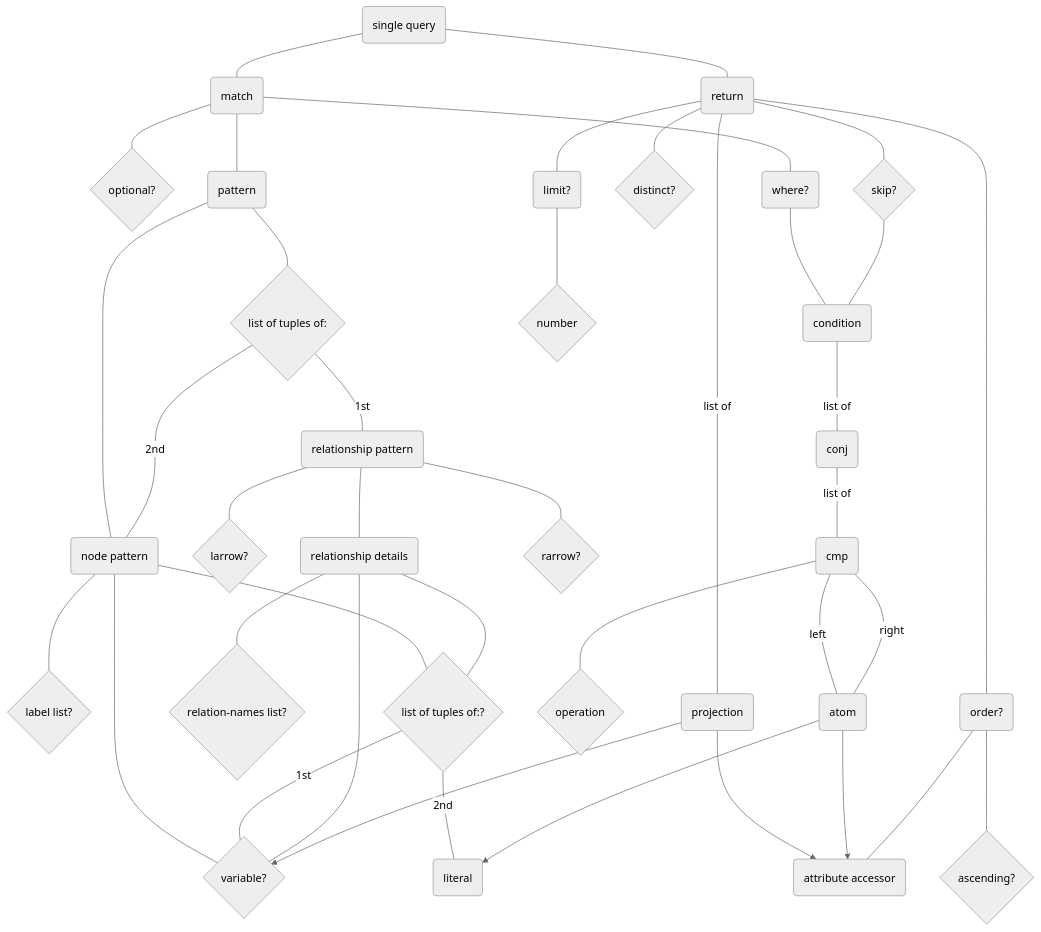
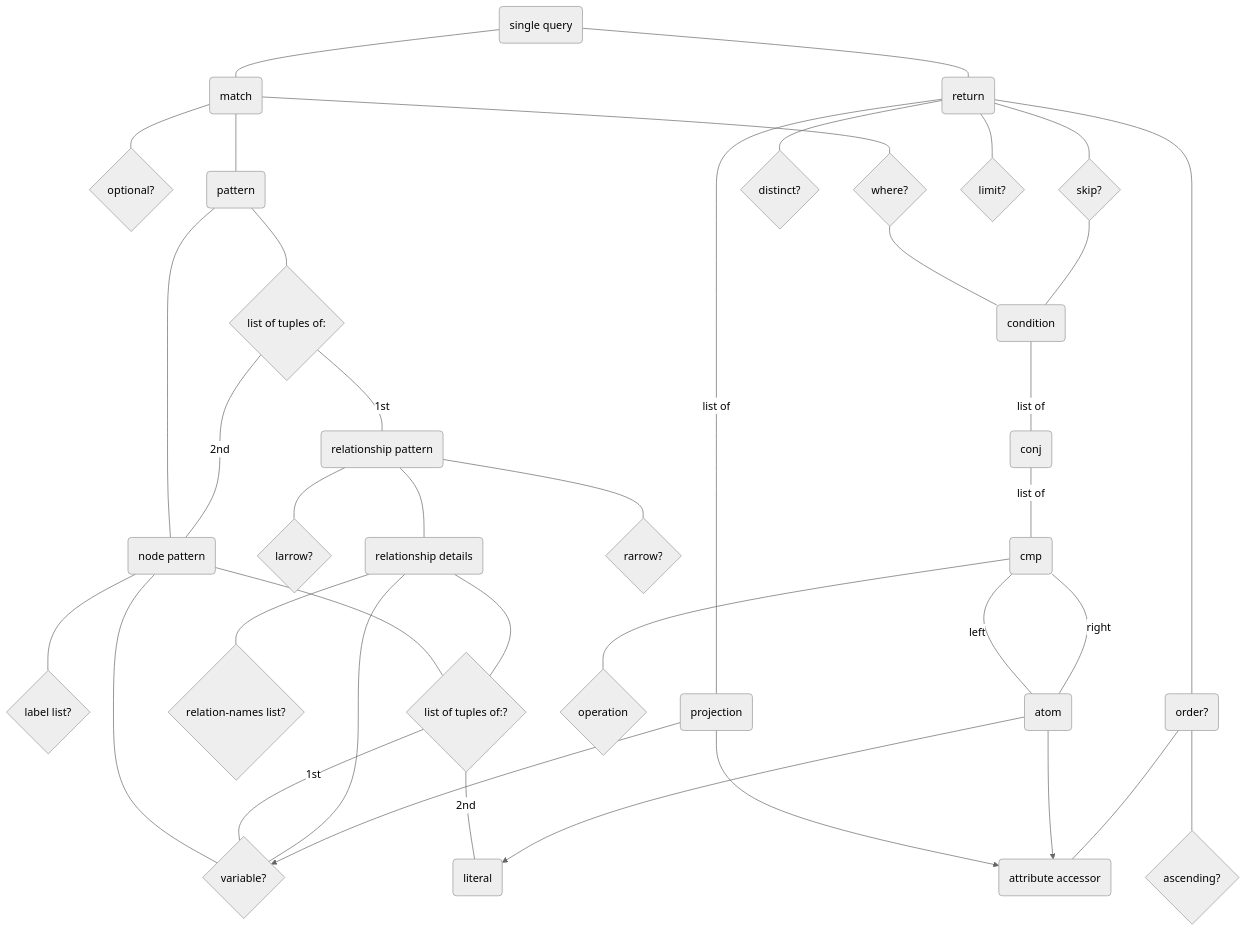
The first of 2 diagrams in 1st-project/grammars/ast-query-cypher.md (CSProjectsAvatar/ml), drawn with Mermaid (neutral theme) before and after one commit. The commit also changed 5 other files, not shown here.

````diff
--- a/1st-project/grammars/ast-query-cypher.md
+++ b/1st-project/grammars/ast-query-cypher.md
@@ -1,42 +1,41 @@
 ```mermaid
 graph TD
     A(single query) --- B(match)
     A --- C(return)
     B --- D{optional?}
     B --- E(pattern)
-    B --- F(where?)
+    B --- F{where?}
     F --- X
     E --- G(node pattern)
     E --- H{list of tuples of:}
     H --- |1st| I(relationship pattern)
     H --- |2nd| G
     G --- J{variable?}
     G --- K{label list?}
     G --- L{list of tuples of:?}
     L --- |1st| J
     L --- |2nd| Lit
     I --- N{larrow?}
     I --- M(relationship details)
     I --- O{rarrow?}
     M --- J
     M --- Q{relation-names list?}
     M --- L
     C --- R{distinct?}
     C --- |list of| S(projection)
     S --> J
     S --> Prop
     C --- T(order?)
     C --- U{skip?}
     U --- X(condition)
     X --- |list of| Z(conj)
     Z --- |list of| Cmp(cmp)
     Cmp --- CmpOper{operation}
     Cmp --- |left| Atom(atom)
     Cmp --- |right| Atom
-    C --- V(limit?)
-    V --- W{number}
+    C --- V{limit?}
     Atom --> Lit(literal)
     Atom --> Prop(attribute accessor)
     T --- Ord{ascending?}
     T --- Prop
 ```
````
